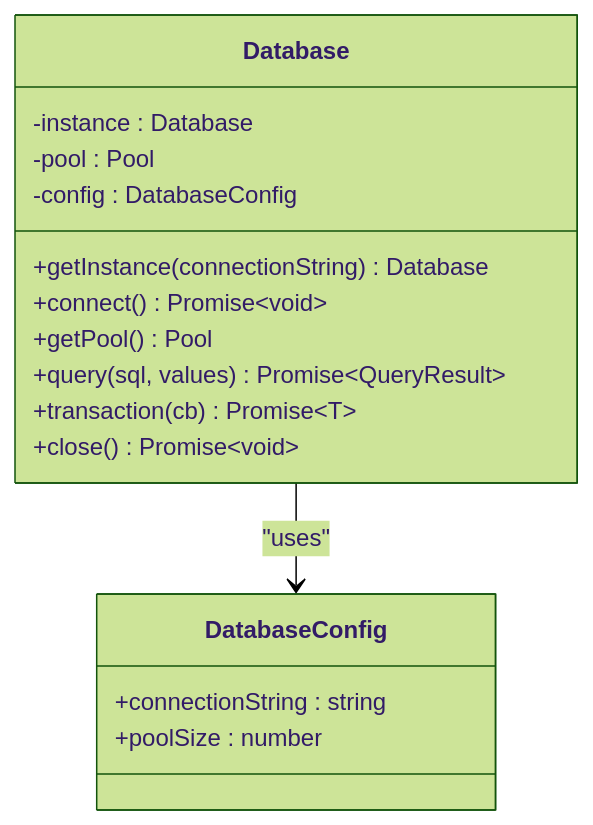
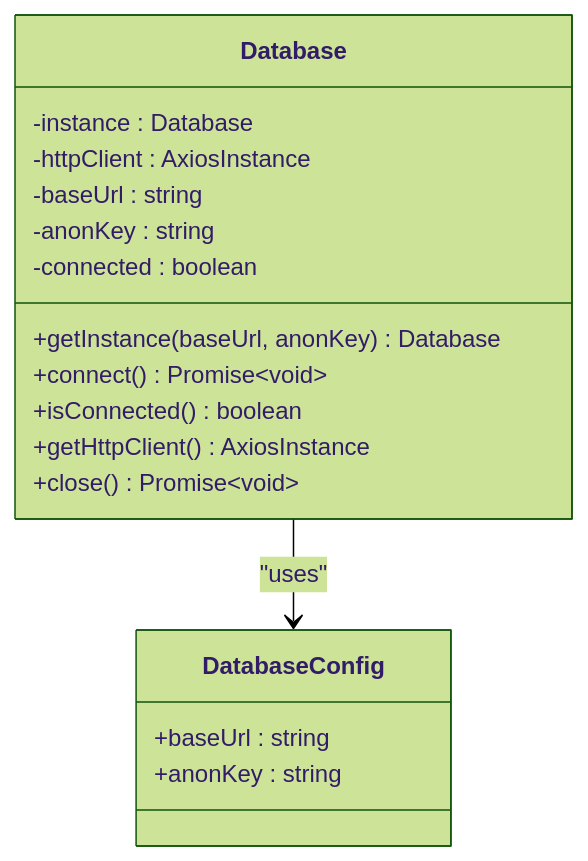
One commit to vishnusaibhosekar/ares changed the sixth of 7 diagrams in .qoder/repowiki/en/content/Configuration & Environment.md. Above: the diagram before and after it, drawn with Mermaid (forest theme). The commit also changed other lines of this file and 10 other files, not shown here.

````diff
--- a/.qoder/repowiki/en/content/Configuration & Environment.md
+++ b/.qoder/repowiki/en/content/Configuration & Environment.md
@@ -256,19 +284,20 @@
 ```mermaid
 classDiagram
 class Database {
 -instance : Database
--pool : Pool
--config : DatabaseConfig
-+getInstance(connectionString) Database
+-httpClient : AxiosInstance
+-baseUrl : string
+-anonKey : string
+-connected : boolean
++getInstance(baseUrl, anonKey) Database
 +connect() Promise~void~
-+getPool() Pool
-+query(sql, values) Promise~QueryResult~
-+transaction(cb) Promise~T~
++isConnected() boolean
++getHttpClient() AxiosInstance
 +close() Promise~void~
 }
 class DatabaseConfig {
-+connectionString : string
-+poolSize : number
++baseUrl : string
++anonKey : string
 }
 Database --> DatabaseConfig : "uses"
 ```
````
